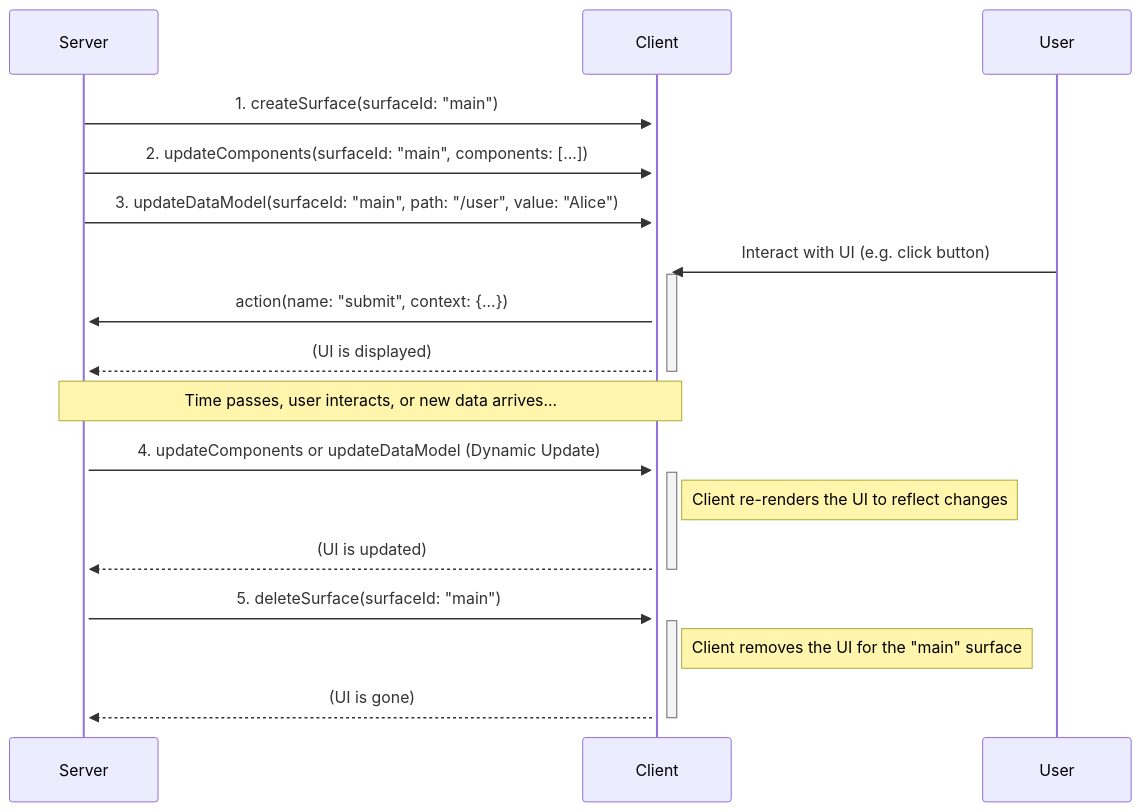
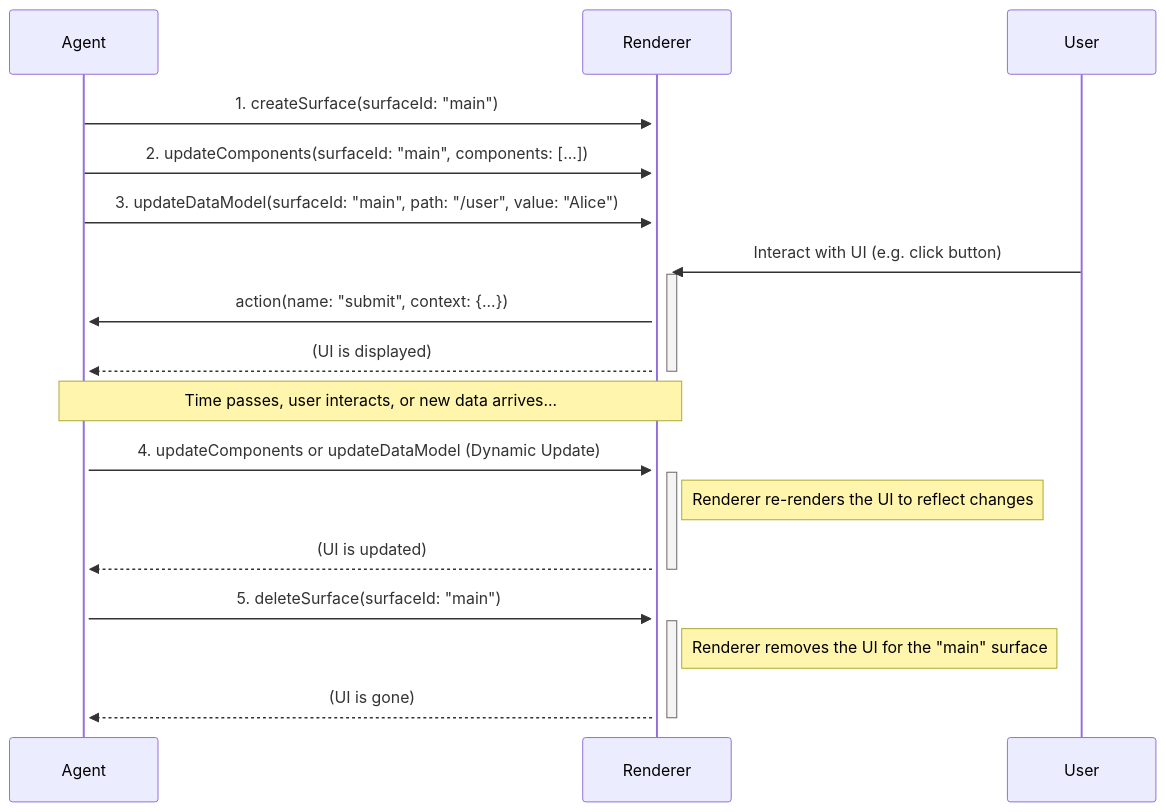
Before and after one commit to nagyist/ggle-A2UI: the first of 2 diagrams in specification/v1_0/docs/a2ui_protocol.md, drawn with Mermaid. The commit also changed other lines of this file and 49 other files, not shown here.

First line of the commit message:
refactor(specification): rename v1.0 schemas and code references to agent and renderer (#2076)

````diff
--- a/specification/v1_0/docs/a2ui_protocol.md
+++ b/specification/v1_0/docs/a2ui_protocol.md
@@ -58,22 +58,22 @@
 ```mermaid
 sequenceDiagram
-    participant Server
-    participant Client
+    participant Agent
+    participant Renderer
 
-    Server->>+Client: 1. createSurface(surfaceId: "main")
-    Server->>+Client: 2. updateComponents(surfaceId: "main", components: [...])
-    Server->>+Client: 3. updateDataModel(surfaceId: "main", path: "/user", value: "Alice")
-    User->>+Client: Interact with UI (e.g. click button)
-    Client->>+Server: action(name: "submit", context: {...})
-    Client-->>-Server: (UI is displayed)
+    Agent->>+Renderer: 1. createSurface(surfaceId: "main")
+    Agent->>+Renderer: 2. updateComponents(surfaceId: "main", components: [...])
+    Agent->>+Renderer: 3. updateDataModel(surfaceId: "main", path: "/user", value: "Alice")
+    User->>+Renderer: Interact with UI (e.g. click button)
+    Renderer->>+Agent: action(name: "submit", context: {...})
+    Renderer-->>-Agent: (UI is displayed)
 
-    Note over Client, Server: Time passes, user interacts, or new data arrives...
+    Note over Renderer, Agent: Time passes, user interacts, or new data arrives...
 
-    Server->>+Client: 4. updateComponents or updateDataModel (Dynamic Update)
-    Note right of Client: Client re-renders the UI to reflect changes
-    Client-->>-Server: (UI is updated)
+    Agent->>+Renderer: 4. updateComponents or updateDataModel (Dynamic Update)
+    Note right of Renderer: Renderer re-renders the UI to reflect changes
+    Renderer-->>-Agent: (UI is updated)
 
-    Server->>+Client: 5. deleteSurface(surfaceId: "main")
-    Note right of Client: Client removes the UI for the "main" surface
-    Client-->>-Server: (UI is gone)
+    Agent->>+Renderer: 5. deleteSurface(surfaceId: "main")
+    Note right of Renderer: Renderer removes the UI for the "main" surface
+    Renderer-->>-Agent: (UI is gone)
 ```
````
